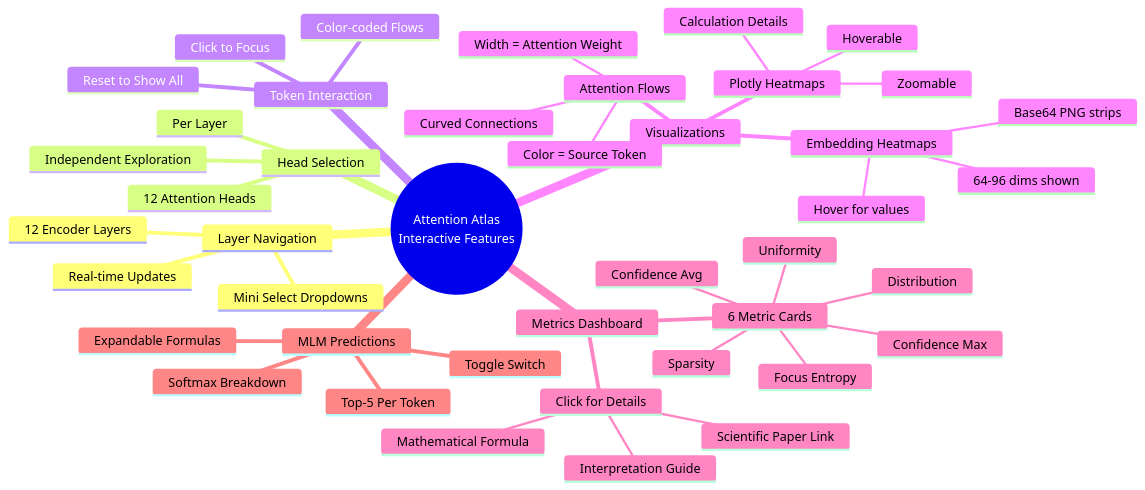
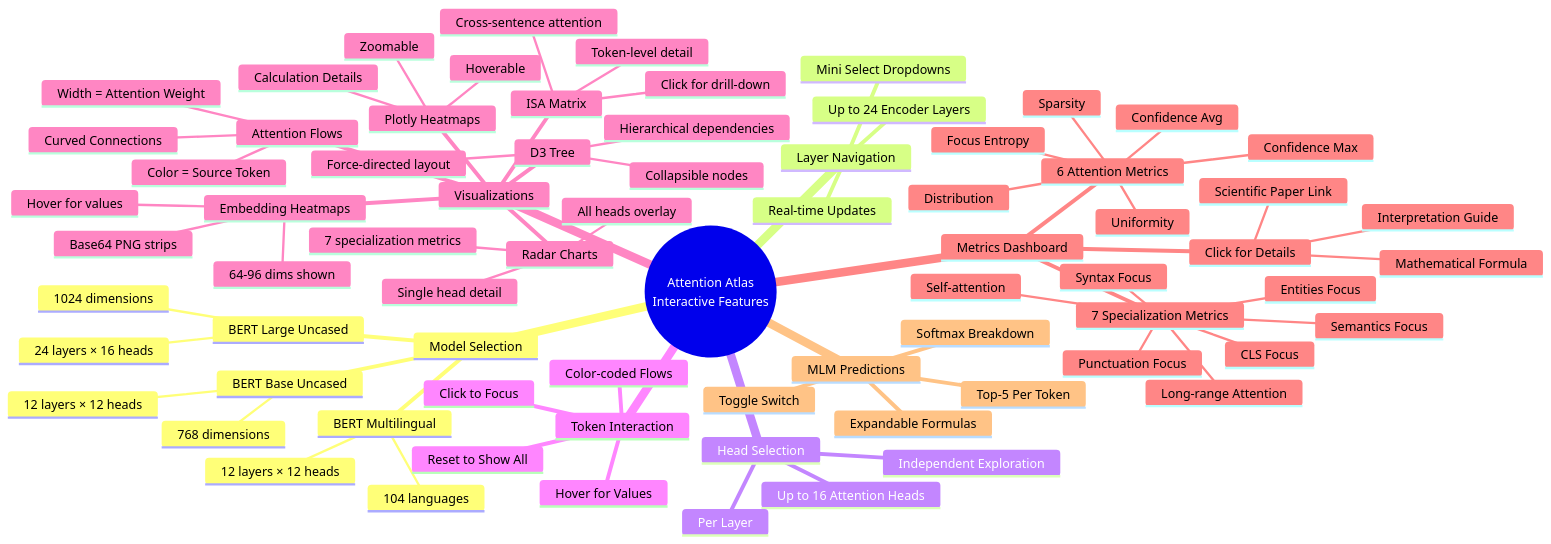
One commit to pinthoz/attention-atlas changed the second of 4 diagrams in APP_VISUALIZATION.md. Above: the diagram before and after it, drawn with Mermaid. The commit also changed other lines of this file and 5 other files, not shown here.

````diff
--- a/APP_VISUALIZATION.md
+++ b/APP_VISUALIZATION.md
@@ -88,46 +121,77 @@
 ```mermaid
 mindmap
   root((Attention Atlas<br/>Interactive Features))
+    Model Selection
+      BERT Base Uncased
+        12 layers × 12 heads
+        768 dimensions
+      BERT Large Uncased
+        24 layers × 16 heads
+        1024 dimensions
+      BERT Multilingual
+        12 layers × 12 heads
+        104 languages
     Layer Navigation
-      12 Encoder Layers
+      Up to 24 Encoder Layers
       Mini Select Dropdowns
       Real-time Updates
     Head Selection
-      12 Attention Heads
+      Up to 16 Attention Heads
       Per Layer
       Independent Exploration
     Token Interaction
       Click to Focus
       Color-coded Flows
       Reset to Show All
+      Hover for Values
     Visualizations
       Plotly Heatmaps
         Hoverable
         Zoomable
         Calculation Details
       Attention Flows
         Curved Connections
         Width = Attention Weight
         Color = Source Token
       Embedding Heatmaps
         Base64 PNG strips
         64-96 dims shown
         Hover for values
+      Radar Charts
+        7 specialization metrics
+        All heads overlay
+        Single head detail
+      D3 Tree
+        Hierarchical dependencies
+        Collapsible nodes
+        Force-directed layout
+      ISA Matrix
+        Cross-sentence attention
+        Click for drill-down
+        Token-level detail
     Metrics Dashboard
-      6 Metric Cards
+      6 Attention Metrics
         Confidence Max
         Confidence Avg
         Focus Entropy
         Sparsity
         Distribution
         Uniformity
+      7 Specialization Metrics
+        Syntax Focus
+        Semantics Focus
+        CLS Focus
+        Punctuation Focus
+        Entities Focus
+        Long-range Attention
+        Self-attention
       Click for Details
         Mathematical Formula
         Interpretation Guide
         Scientific Paper Link
     MLM Predictions
       Toggle Switch
       Top-5 Per Token
       Expandable Formulas
       Softmax Breakdown
 ```
````
